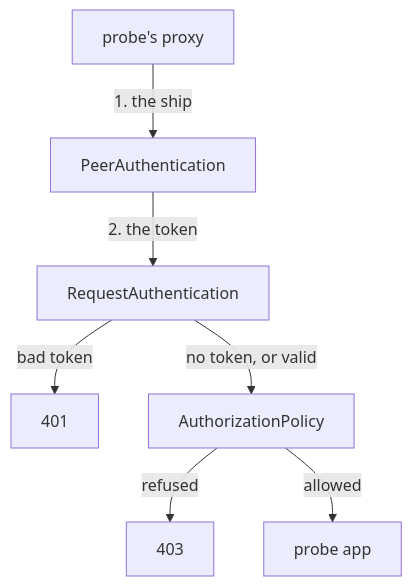
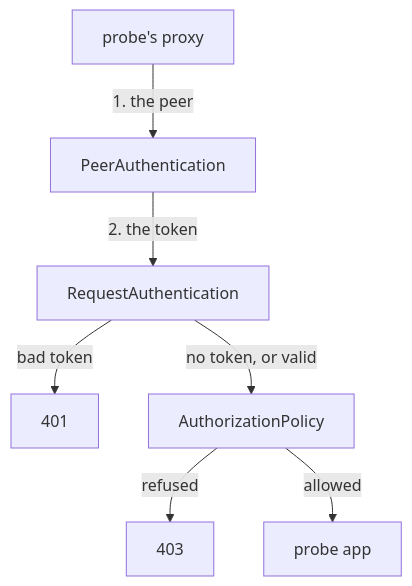
One commit to astrona-io/ATS015 changed the diagram in sections/section-030/module-01/course-01-two-identities-on-one-signal.md. Above: the diagram before and after it, drawn with Mermaid. The commit also changed other lines of this file and 32 other files, not shown here.

````diff
--- a/sections/section-030/module-01/course-01-two-identities-on-one-signal.md
+++ b/sections/section-030/module-01/course-01-two-identities-on-one-signal.md
@@ -102,9 +102,9 @@
 ```mermaid
 flowchart TB
-    S["probe's proxy"] -->|"1. the ship"| P["PeerAuthentication"]
+    S["probe's proxy"] -->|"1. the peer"| P["PeerAuthentication"]
     P -->|"2. the token"| R["RequestAuthentication"]
     R -->|"bad token"| E1["401"]
     R -->|"no token, or valid"| A["AuthorizationPolicy"]
     A -->|"refused"| E2["403"]
     A -->|"allowed"| APP["probe app"]
 ```
````
